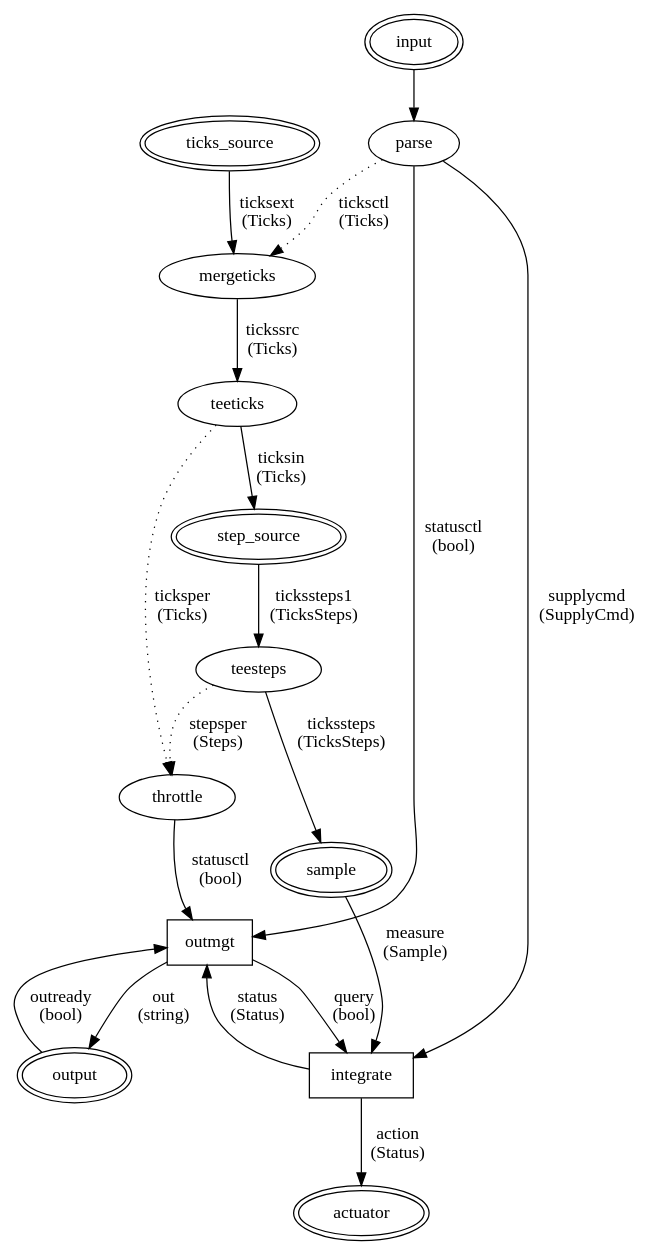
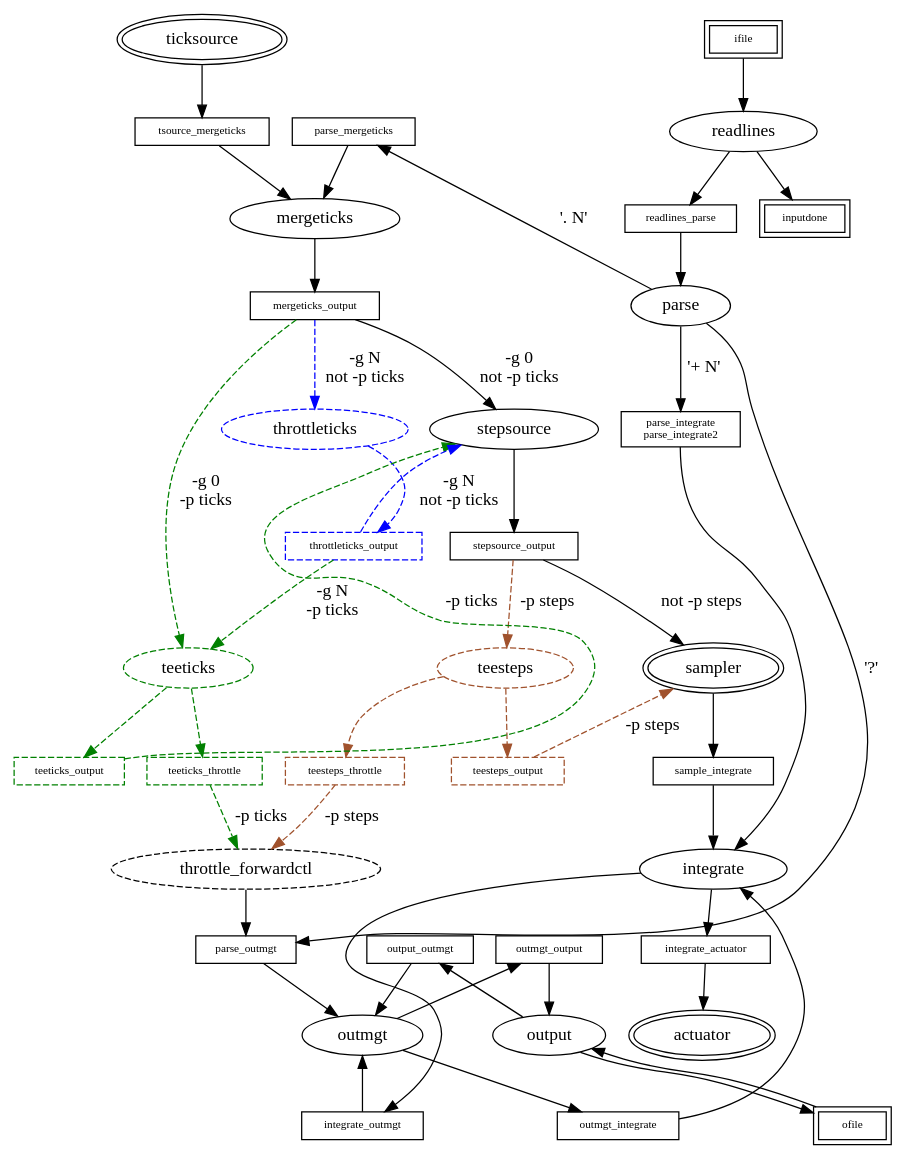
The diagram in design1.dot (knz/reg), drawn with Graphviz before and after one commit. The commit also changed 2 other files, not shown here.

Commit message:
Improve/update the design diagram.

```diff
--- a/design1.dot
+++ b/design1.dot
@@ -1,47 +1,146 @@
 digraph G {
-   input [peripheries=2];
-   output [peripheries=2];
+    /*
+        layout=neato
+        overlap=false //ipsep
+        mode=ipsep
+        sep="+20"
+   */
+   pack=true
+       
+        node [height=0.3,shape=ellipse,peripheries=1]; // processes
 
-//   subgraph cluster0 {
-      throttle [label="throttle"];
-      outmgt [shape=box];
-      throttle -> outmgt [label="statusctl\n(bool)"];
-//      label="report";
-//   }
-   integrate [shape=box];
+        readlines
+        parse
+        mergeticks
+        stepsource
+        integrate
+        outmgt
+        output
 
-//   subgraph cluster2 {
-   ticks_source [peripheries=2];
-   sample [peripheries=2];
-   teeticks;
-   ticks_source -> mergeticks  [label="ticksext\n(Ticks)"]
-   mergeticks -> teeticks [label="tickssrc\n(Ticks)"];
-   teeticks -> step_source [label="ticksin\n(Ticks)"];
-   step_source [peripheries=2];
-   step_source -> teesteps [label="tickssteps1\n(TicksSteps)"];
-   teesteps -> sample [label="tickssteps\n(TicksSteps)"];
+        node [style=dashed]; // optional processes
 
-//   label="measure";
-//   }
+        throttle_forwardctl
+        throttleticks [color=blue]
+        teesteps [color=sienna]
+        teeticks [color=green]
 
-   input -> parse;
-   parse -> integrate [label="supplycmd\n(SupplyCmd)"];
-   parse -> outmgt [label="statusctl\n(bool)"];
-   parse -> mergeticks [label="ticksctl\n(Ticks)",style=dotted];
-   
+        node [style=solid,peripheries=2]; // source/sinks processes
 
-   sample -> integrate [label="measure\n(Sample)"];
-   integrate -> actuator [label="action\n(Status)"];
+        ticksource
+        sampler
+        actuator
 
-   actuator [peripheries=2];
+        node [shape=box,fontsize=9,peripheries=1]; // channels
 
-   teeticks -> throttle [label="ticksper\n(Ticks)",style=dotted];
-   teesteps -> throttle [label="stepsper\n(Steps)",style=dotted];
+	tsource_mergeticks
+	readlines_parse
+	parse_mergeticks
+	parse_integrate [label="parse_integrate\nparse_integrate2"]
+	parse_outmgt
+	integrate_outmgt
+	integrate_actuator
+	outmgt_integrate
+	sample_integrate
+	outmgt_output
+	output_outmgt
+	mergeticks_output	
+        stepsource_output
 
-   outmgt -> integrate [label="query\n(bool)"];
-   integrate -> outmgt [label="status\n(Status)"];
+        node [style=dashed]; // optional channels
 
-   output -> outmgt [label="outready\n(bool)"];
-   outmgt -> output [label="out\n(string)"];
-  
+        teesteps_output [color=sienna]
+        teesteps_throttle [color=sienna]
+        teeticks_throttle [color=green]
+        teeticks_output [color=green]
+        throttleticks_output [color=blue]
+
+        node [peripheries=2,style=solid]; // source/sinks channels
+        ifile
+        ofile
+        inputdone
+
+
+
+        // edges around [readlines]
+        ifile -> readlines -> readlines_parse
+        readlines -> inputdone
+
+        // around [parse]
+        readlines_parse -> parse
+        parse -> parse_mergeticks [label="'. N'",constraint=false]
+        parse -> parse_integrate [label="'+ N'"]
+        parse -> parse_outmgt [label="'?'",constraint=false]
+
+        // around [integrate]
+        parse_integrate -> integrate [constraint=false]
+        integrate -> integrate_actuator
+        sample_integrate -> integrate
+        integrate -> integrate_outmgt [constraint=false]
+        // outmgt_integrate -> integrate
+        integrate -> outmgt_integrate [dir=back]
+
+        // around [actuator]
+        integrate_actuator -> actuator
+
+        // around [output]
+        outmgt_output -> output
+        output_outmgt -> output [dir=back]
+        //        output -> output_outmgt [constraint=false]
+        ofile -> output -> ofile
+
+        // around [outmgt]
+        parse_outmgt -> outmgt
+        outmgt -> outmgt_integrate
+        //        outmgt -> outmgt_output       
+        outmgt_output -> outmgt [dir=back]
+        output_outmgt -> outmgt
+        //        integrate_outmgt -> outmgt
+        outmgt -> integrate_outmgt [dir=back]
+
+        // around [ticksource] and [mergeticks]
+        ticksource -> tsource_mergeticks
+        tsource_mergeticks -> mergeticks -> mergeticks_output
+        parse_mergeticks -> mergeticks
+
+        // around [stepsource]
+        mergeticks_output -> stepsource  [label="-g 0\nnot -p ticks"]
+        stepsource -> stepsource_output
+
+        // around [sampler]
+        stepsource_output -> sampler  [label="not -p steps"]
+        sampler -> sample_integrate
+
+        // around [throttle_forwardctl]
+        throttle_forwardctl -> parse_outmgt
+
+        // optional edges
+        edge [style=dashed]
+
+        // around [throttleticks] for -g
+        edge [color=blue]
+        mergeticks_output -> throttleticks  [label="-g N\nnot -p ticks"]
+        throttleticks -> throttleticks_output
+        throttleticks_output -> stepsource [label="-g N\nnot -p ticks",constraint=false]
+
+        // around [teeticks] for -p ticks
+        edge [color=green]
+        throttleticks_output -> teeticks  [label="-g N\n-p ticks"]
+        teeticks -> teeticks_throttle
+        mergeticks_output -> teeticks  [label="-g 0\n-p ticks"]
+        teeticks -> teeticks_output
+        teeticks_output -> stepsource [color=green,label="-p ticks",constraint=false]
+
+        teeticks_throttle -> throttle_forwardctl [label="-p ticks"]
+
+        // around [teesteps] for -p steps
+        edge [color=sienna]
+        stepsource_output -> teesteps [label="-p steps"]
+        teesteps -> teesteps_output
+        teesteps_output -> sampler [label="-p steps",constraint=false]
+        teesteps -> teesteps_throttle
+
+        teesteps_throttle -> throttle_forwardctl [label="-p steps"]
+
+
+
 }
```
